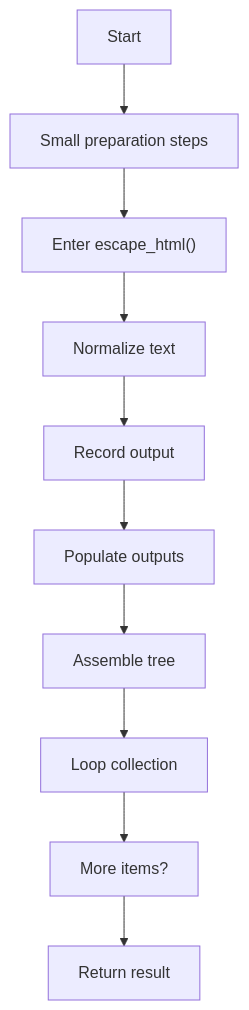
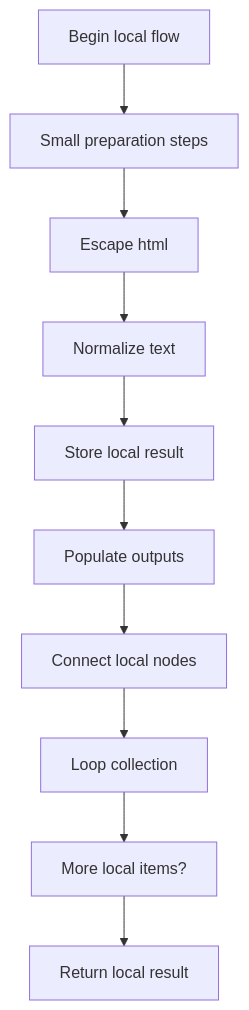
One commit to JohnAndrewBalbarosa/NeoTerritory changed the first of 9 diagrams in docs/Codebase/Microservice/Modules/Source/OutputGeneration/Render/tree_html_renderer.cpp.md. Above: the diagram before and after it, drawn with Mermaid. The commit also changed other lines of this file and 925 other files, not shown here.

````diff
--- a/docs/Codebase/Microservice/Modules/Source/OutputGeneration/Render/tree_html_renderer.cpp.md
+++ b/docs/Codebase/Microservice/Modules/Source/OutputGeneration/Render/tree_html_renderer.cpp.md
@@ -30,22 +29,22 @@
 ```mermaid
 flowchart TD
-    N0["Start"]
+    N0["Begin local flow"]
     N1["Small preparation steps"]
-    N2["Enter escape_html()"]
+    N2["Escape html"]
     N3["Normalize text"]
-    N4["Record output"]
+    N4["Store local result"]
     N5["Populate outputs"]
-    N6["Assemble tree"]
+    N6["Connect local nodes"]
     N7["Loop collection"]
-    N8["More items?"]
-    N9["Return result"]
+    N8["More local items?"]
+    N9["Return local result"]
     N0 --> N1
     N1 --> N2
     N2 --> N3
     N3 --> N4
     N4 --> N5
     N5 --> N6
     N6 --> N7
     N7 --> N8
     N8 --> N9
 ```
````
